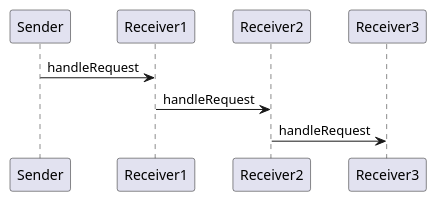
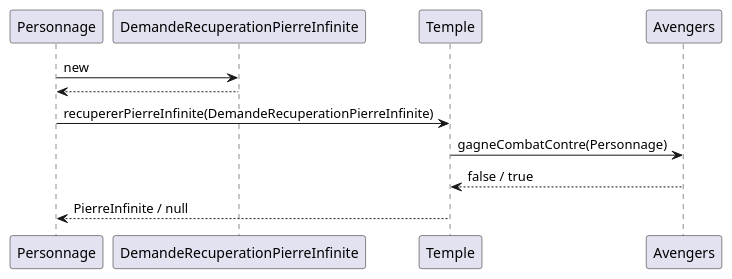
The diagram in src/uml/chainResponsabilitySequence.puml (jandry/design-pattern), drawn with PlantUML before and after one commit. The commit also changed 2 other files, not shown here.

```diff
--- a/src/uml/chainResponsabilitySequence.puml
+++ b/src/uml/chainResponsabilitySequence.puml
@@ -1,7 +1,10 @@
 @startuml ChainOfResponsability
 
-Sender -> Receiver1 : handleRequest
-Receiver1 -> Receiver2 : handleRequest
-Receiver2 -> Receiver3 : handleRequest
+Personnage -> DemandeRecuperationPierreInfinite : new
+Personnage <-- DemandeRecuperationPierreInfinite
+Personnage -> Temple : recupererPierreInfinite(DemandeRecuperationPierreInfinite)
+Temple -> Avengers : gagneCombatContre(Personnage)
+Temple <-- Avengers : false / true
+Personnage <-- Temple : PierreInfinite / null
 
 @enduml
```
